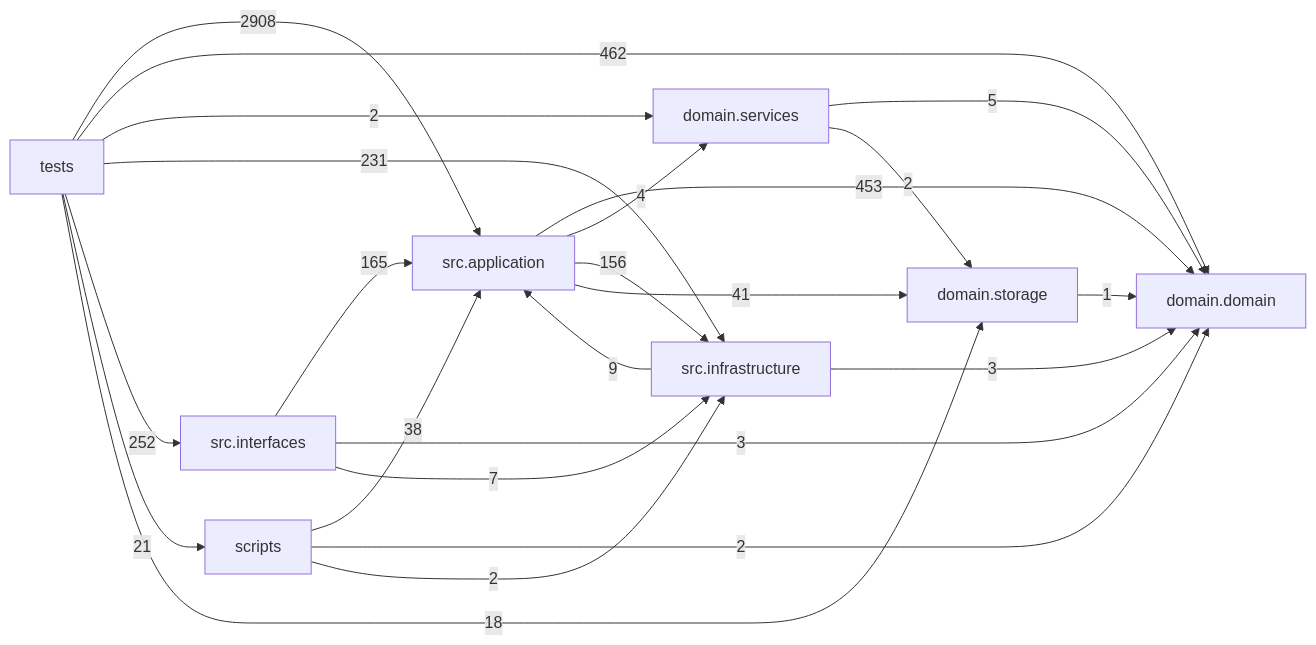
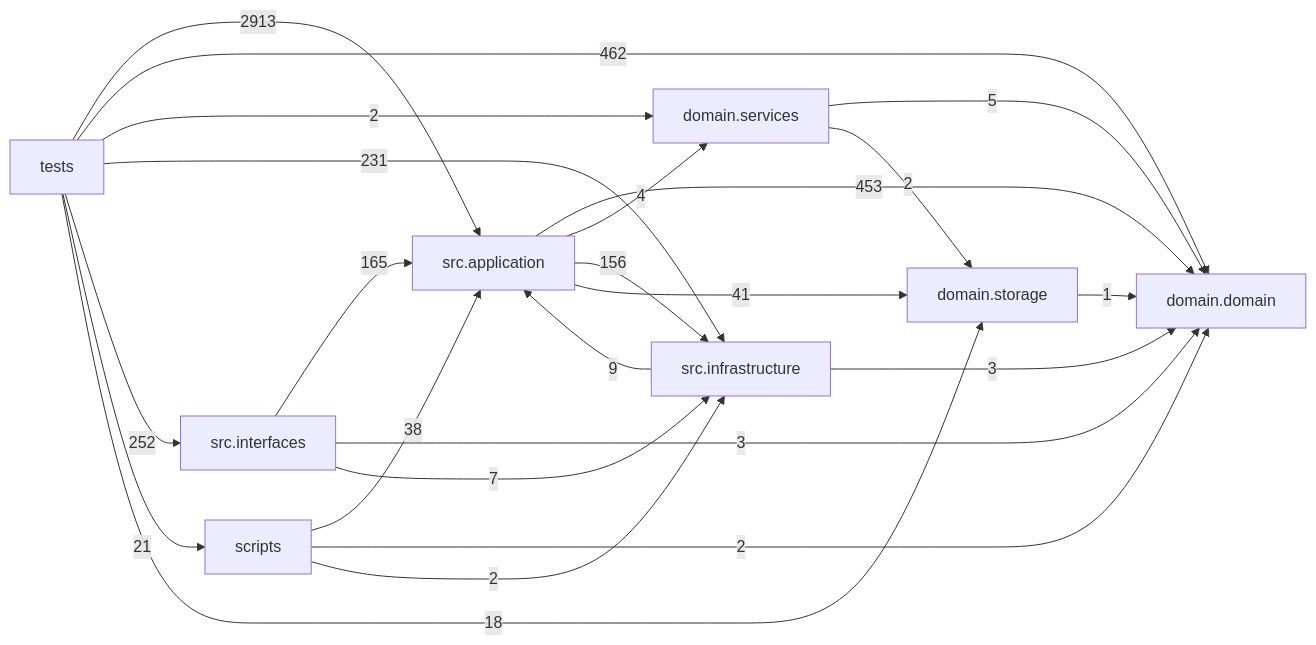
Before and after one commit to liuxie066/options-monitor: the diagram in docs/DEPENDENCY_GRAPH.md, drawn with Mermaid. The commit also changed other lines of this file, not shown here.

Commit message:
docs(architecture): refresh dependency graph

````diff
--- a/docs/DEPENDENCY_GRAPH.md
+++ b/docs/DEPENDENCY_GRAPH.md
@@ -24,33 +24,33 @@
 ```mermaid
 flowchart LR
   tests["tests"]
   scripts["scripts"]
   interfaces["src.interfaces"]
   application["src.application"]
   infrastructure["src.infrastructure"]
   domain_services["domain.services"]
   domain["domain.domain"]
   storage["domain.storage"]
   application -->|453| domain
   application -->|4| domain_services
   application -->|156| infrastructure
   application -->|41| storage
   domain_services -->|5| domain
   domain_services -->|2| storage
   infrastructure -->|9| application
   infrastructure -->|3| domain
   interfaces -->|165| application
   interfaces -->|3| domain
   interfaces -->|7| infrastructure
   scripts -->|38| application
   scripts -->|2| domain
   scripts -->|2| infrastructure
   storage -->|1| domain
-  tests -->|2908| application
+  tests -->|2913| application
   tests -->|462| domain
   tests -->|2| domain_services
   tests -->|231| infrastructure
   tests -->|252| interfaces
   tests -->|21| scripts
   tests -->|18| storage
 ```
````
